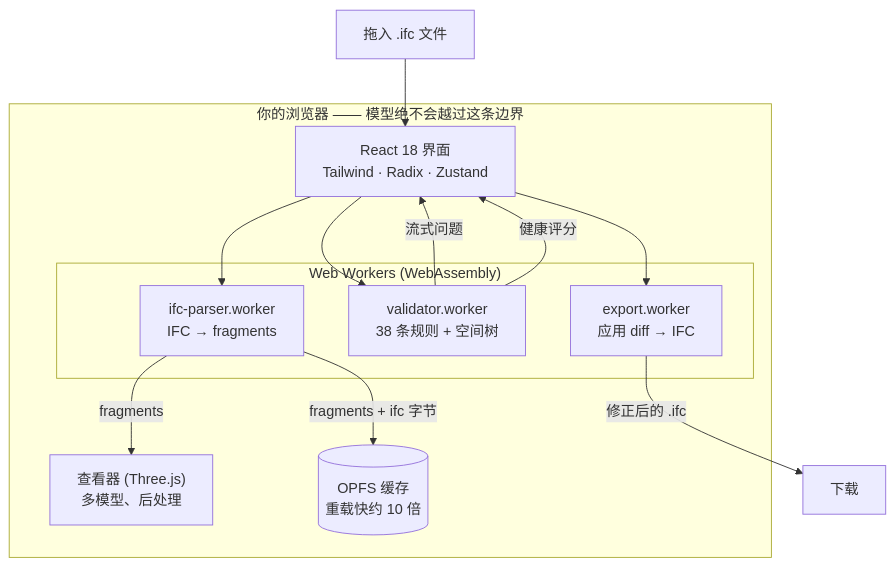
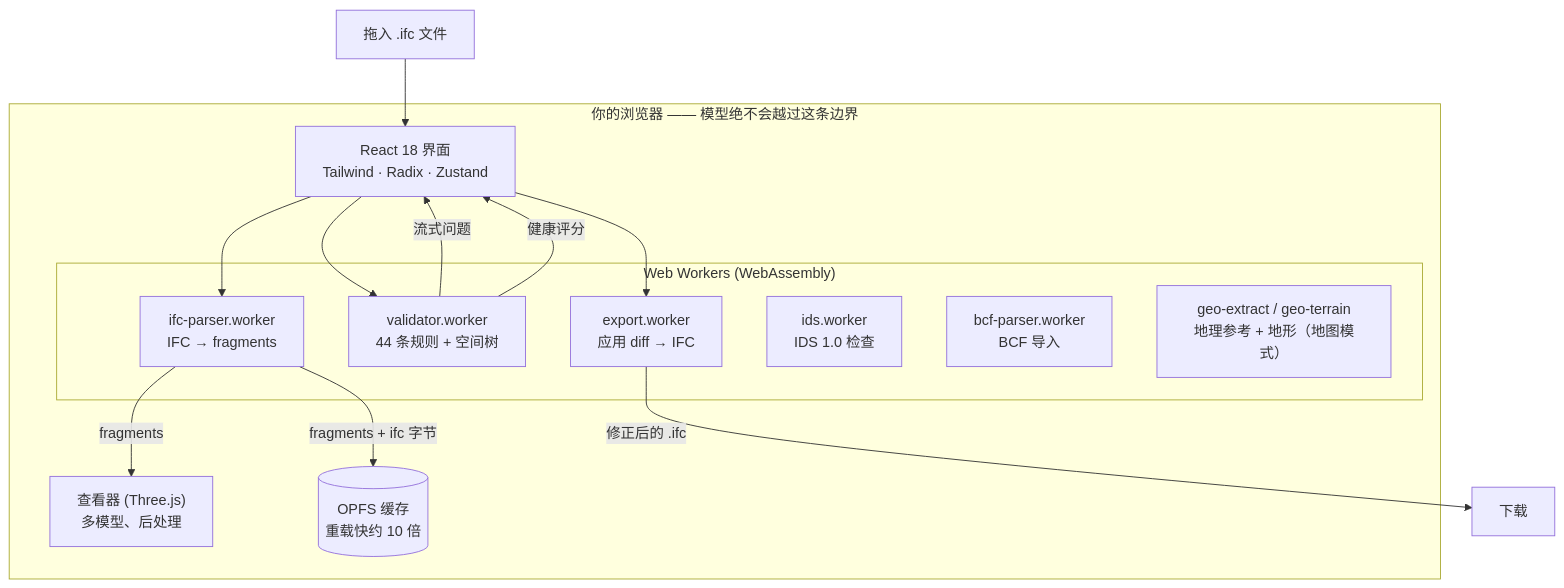
The second of 2 diagrams in README.zh-CN.md (j03rul4nd/ifc-viewer-online), drawn with Mermaid before and after one commit. The commit also changed other lines of this file and 24 other files, not shown here.

````diff
--- a/README.zh-CN.md
+++ b/README.zh-CN.md
@@ -147,24 +149,27 @@
 ```mermaid
 flowchart TD
     subgraph BROWSER["你的浏览器 —— 模型绝不会越过这条边界"]
         UI["React 18 界面<br/>Tailwind · Radix · Zustand"]
         VIEWER["查看器 (Three.js)<br/>多模型、后处理"]
         CACHE[("OPFS 缓存<br/>重载快约 10 倍")]
 
         subgraph WORKERS["Web Workers (WebAssembly)"]
             PARSE["ifc-parser.worker<br/>IFC → fragments"]
-            VALID["validator.worker<br/>38 条规则 + 空间树"]
+            VALID["validator.worker<br/>44 条规则 + 空间树"]
             EXPORT["export.worker<br/>应用 diff → IFC"]
+            IDS["ids.worker<br/>IDS 1.0 检查"]
+            BCF["bcf-parser.worker<br/>BCF 导入"]
+            GEO["geo-extract / geo-terrain<br/>地理参考 + 地形（地图模式）"]
         end
     end
 
     FILE["拖入 .ifc 文件"] --> UI
     UI --> PARSE
     PARSE -->|fragments| VIEWER
     PARSE -->|fragments + ifc 字节| CACHE
     UI --> VALID
     VALID -->|流式问题| UI
     VALID -->|健康评分| UI
     UI --> EXPORT
     EXPORT -->|修正后的 .ifc| DL["下载"]
 ```
````
